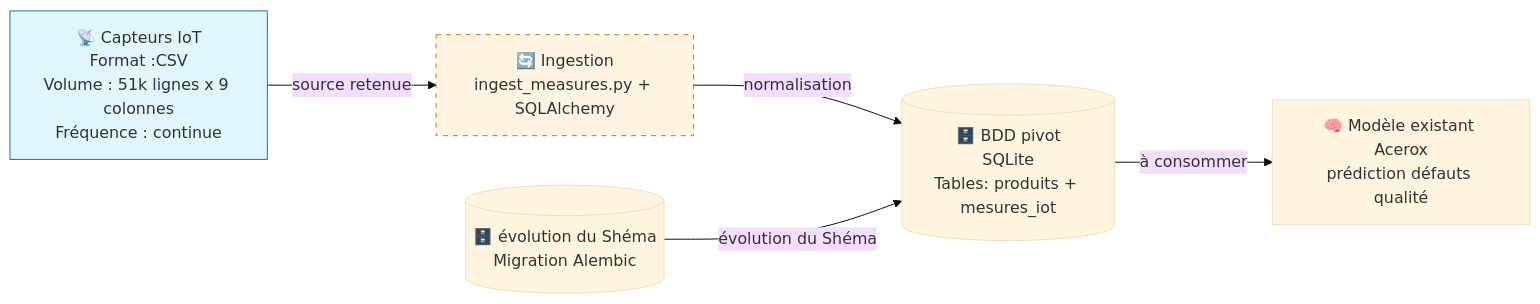
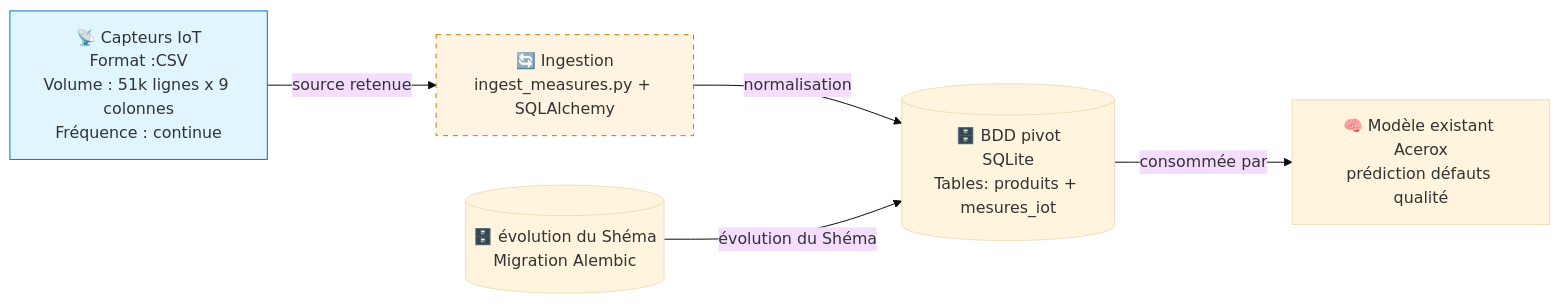
One commit to joellegermanos-prog/test changed the diagram in readme.md. Above: the diagram before and after it, drawn with Mermaid (base theme).

Commit message:
Update readme to clarify BDD consumption

````diff
--- a/readme.md
+++ b/readme.md
@@ -55,22 +55,22 @@
 ```mermaid
 flowchart LR
     %% TODO — Compléter avec tes 3 sources retenues + 1 bonus si traité
 
     SRC1[📡 Capteurs IoT<br/>Format :CSV<br/>Volume : 51k lignes x 9 colonnes<br/>Fréquence : continue]
 
 
     INGEST[🔄 Ingestion<br/>ingest_measures.py + SQLAlchemy]
     SHEMA[(🗄️ évolution du Shéma<br/>Migration Alembic)]
     BDD[(🗄️ BDD pivot<br/>SQLite<br/>Tables: produits + mesures_iot)]
     MODEL[🧠 Modèle existant Acerox<br/>prédiction défauts qualité]
 
     SRC1 --> |source retenue|INGEST
     INGEST -->|normalisation | BDD
     SHEMA -->|évolution du Shéma| BDD
-    BDD -->|à consommer| MODEL
+    BDD -->|consommée par| MODEL
 
     classDef source fill:#e1f5ff,stroke:#0277bd
     classDef tofix fill:#fff4e1,stroke:#c97a00,stroke-dasharray: 5 5
     class SRC1,SRC2,SRC3 source
     class INGEST tofix
 ```
````
